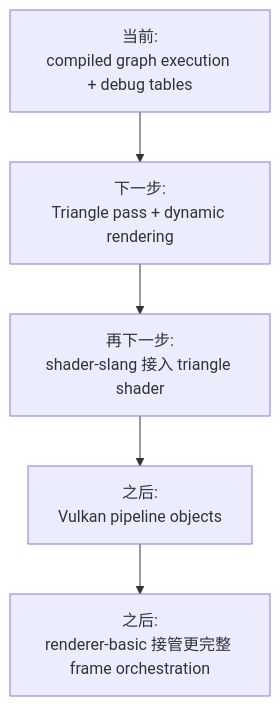
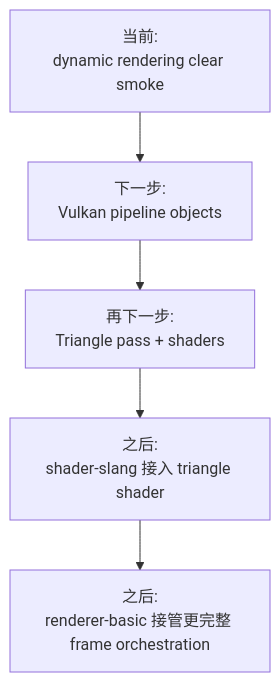
One commit to 66six11/Engine changed the eighth of 8 diagrams in docs/flow-architecture.md. Above: the diagram before and after it, drawn with Mermaid. The commit also changed other lines of this file and 11 other files, not shown here.

Commit message:
Add dynamic rendering clear smoke

````diff
--- a/docs/flow-architecture.md
+++ b/docs/flow-architecture.md
@@ -194,10 +224,10 @@
 ```mermaid
 flowchart TD
-    Now["当前:<br/>compiled graph execution + debug tables"]
-    Step1["下一步:<br/>Triangle pass + dynamic rendering"]
-    Step2["再下一步:<br/>shader-slang 接入 triangle shader"]
-    Step3["之后:<br/>Vulkan pipeline objects"]
+    Now["当前:<br/>dynamic rendering clear smoke"]
+    Step1["下一步:<br/>Vulkan pipeline objects"]
+    Step2["再下一步:<br/>Triangle pass + shaders"]
+    Step3["之后:<br/>shader-slang 接入 triangle shader"]
     Step4["之后:<br/>renderer-basic 接管更完整 frame orchestration"]
 
     Now --> Step1 --> Step2 --> Step3 --> Step4
 ```
````
